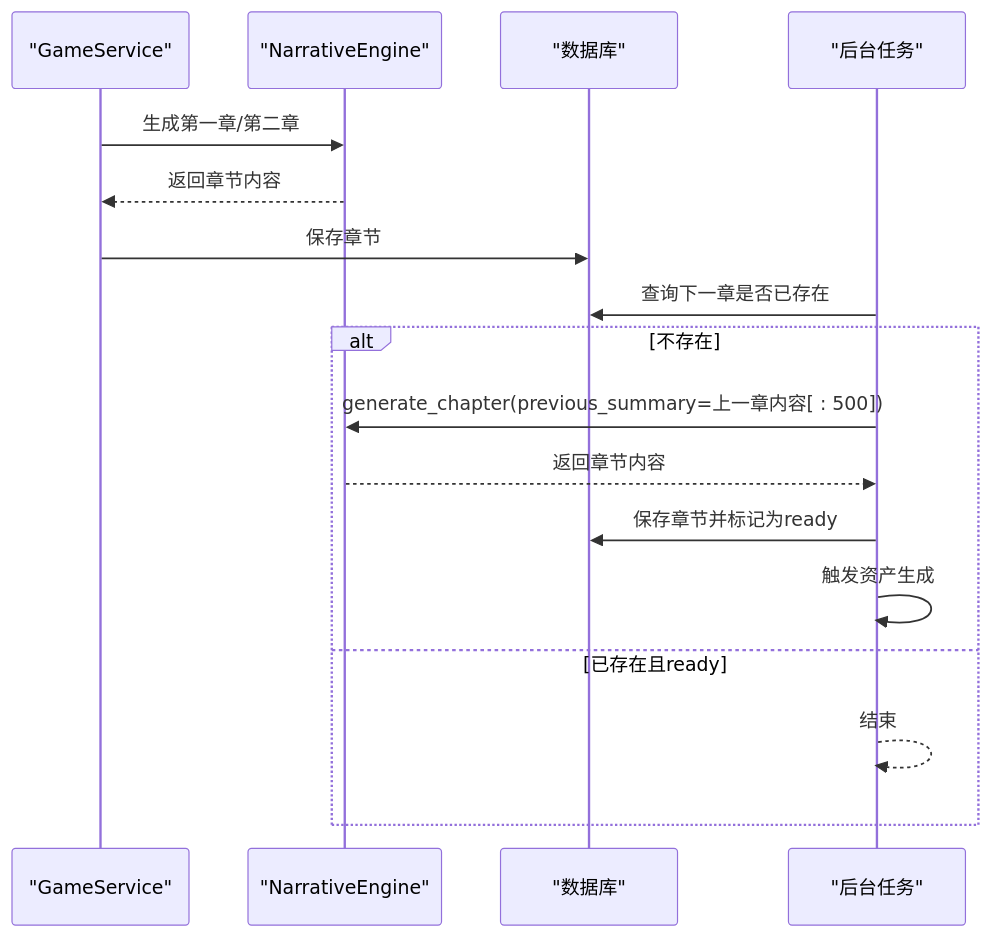
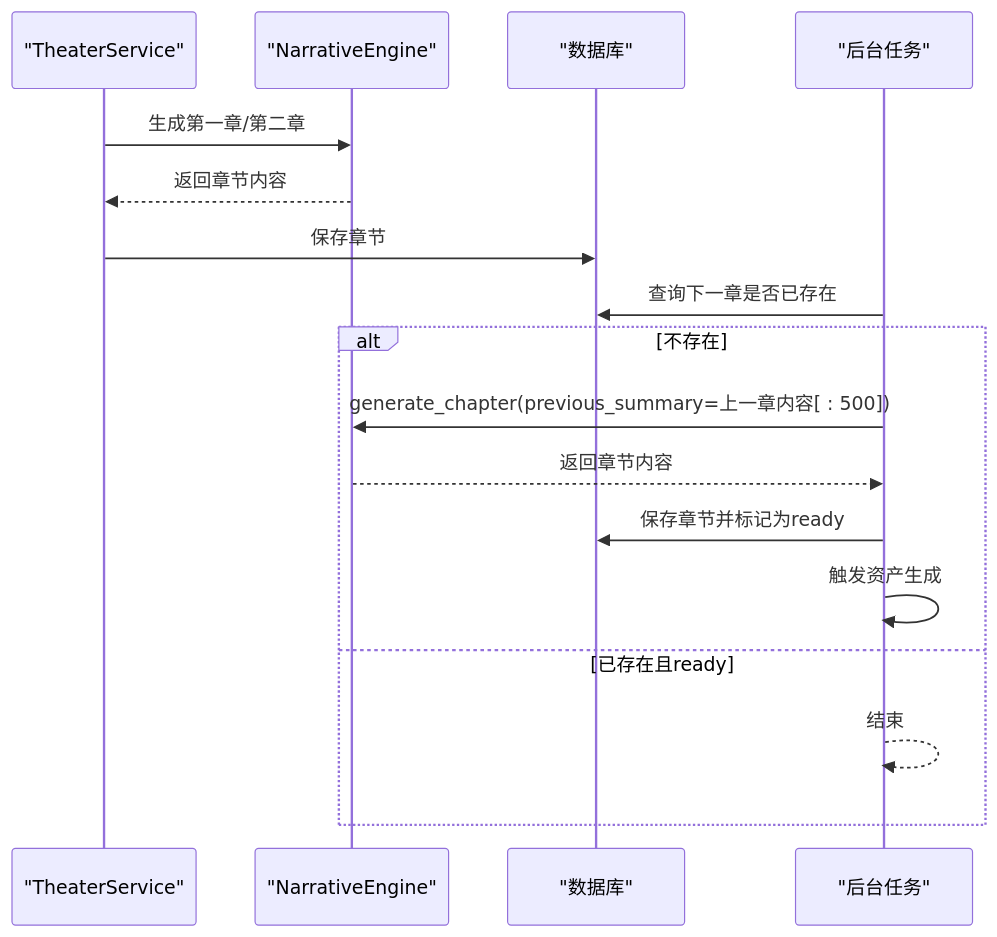
The fifth of 6 diagrams in .qoder/repowiki/zh/content/多智能体叙事引擎/叙述Agent.md (KunLabAI/KunFlix), drawn with Mermaid before and after one commit. The commit also changed other lines of this file and 112 other files, not shown here.

````diff
--- a/.qoder/repowiki/zh/content/多智能体叙事引擎/叙述Agent.md
+++ b/.qoder/repowiki/zh/content/多智能体叙事引擎/叙述Agent.md
@@ -162,19 +162,19 @@
 ```mermaid
 sequenceDiagram
-participant GS as "GameService"
+participant GS as "TheaterService"
 participant NE as "NarrativeEngine"
 participant DB as "数据库"
 participant TK as "后台任务"
 GS->>NE : 生成第一章/第二章
 NE-->>GS : 返回章节内容
 GS->>DB : 保存章节
 TK->>DB : 查询下一章是否已存在
 alt 不存在
 TK->>NE : generate_chapter(previous_summary=上一章内容[ : 500])
 NE-->>TK : 返回章节内容
 TK->>DB : 保存章节并标记为ready
 TK->>TK : 触发资产生成
 else 已存在且ready
 TK-->>TK : 结束
 end
 ```
````
